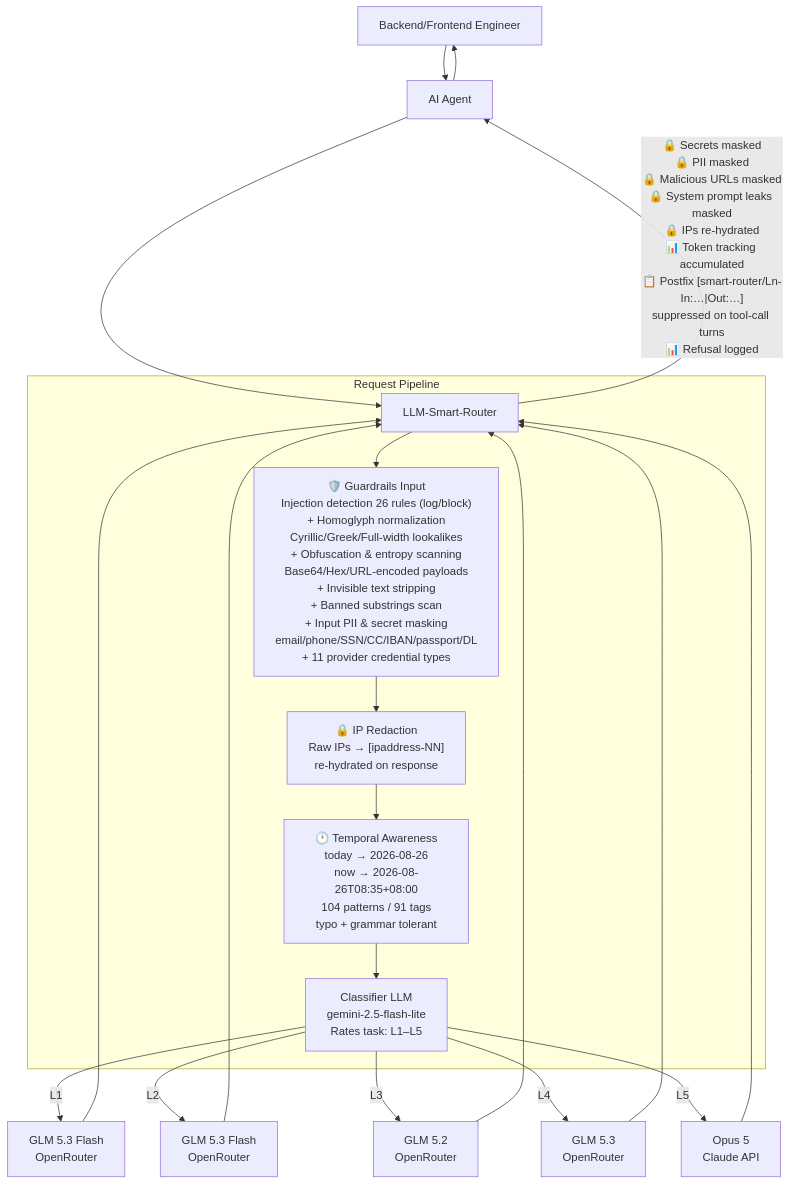
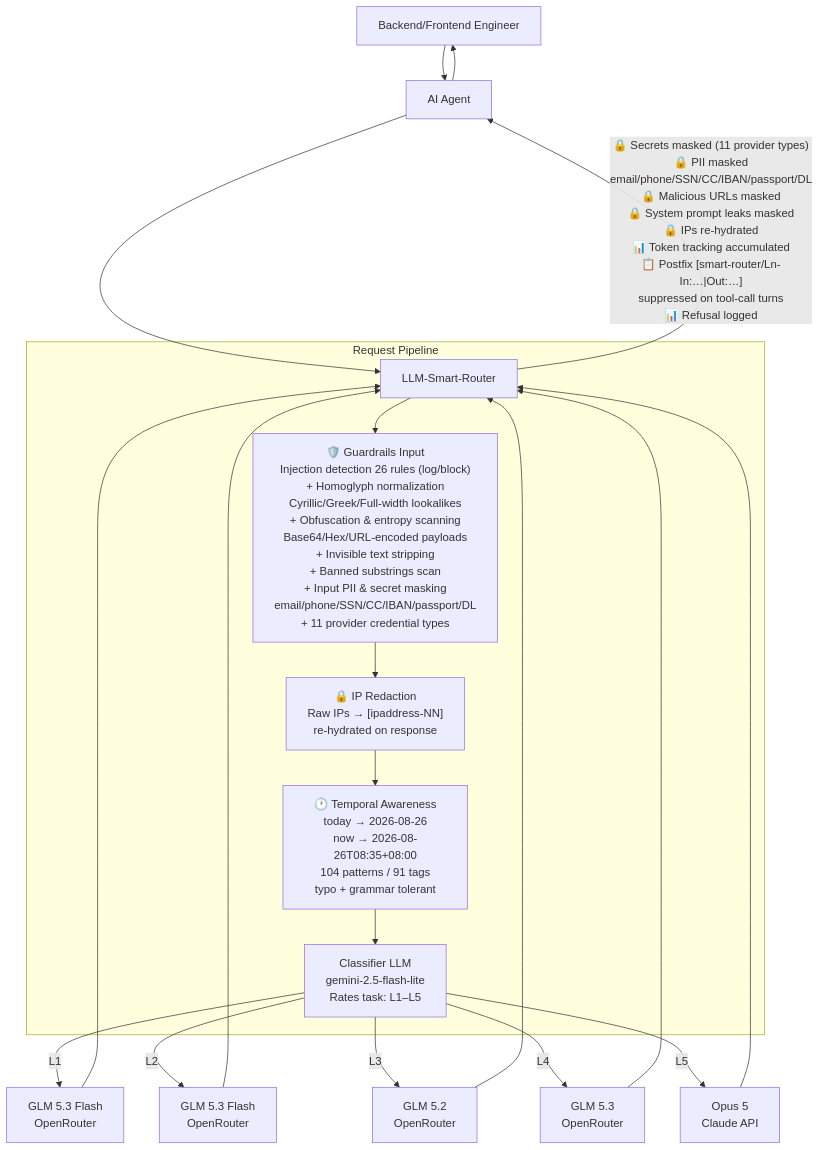
The diagram in README.md (Green-Needle-Tech/llm-smart-router), drawn with Mermaid before and after one commit.

Commit message:
docs: add PII masking detail to architecture diagram output path

````diff
--- a/README.md
+++ b/README.md
@@ -140,27 +140,27 @@
 ```mermaid
 flowchart TD
     A[Backend/Frontend Engineer] --> B[AI Agent]
     B --> C[LLM-Smart-Router]
 
     subgraph Router [Request Pipeline]
         C --> P1["🛡️ Guardrails Input<br/>Injection detection 26 rules (log/block)<br/>+ Homoglyph normalization<br/>Cyrillic/Greek/Full-width lookalikes<br/>+ Obfuscation & entropy scanning<br/>Base64/Hex/URL-encoded payloads<br/>+ Invisible text stripping<br/>+ Banned substrings scan<br/>+ Input PII & secret masking<br/>email/phone/SSN/CC/IBAN/passport/DL<br/>+ 11 provider credential types"]
         P1 --> P2["🔒 IP Redaction<br/>Raw IPs → [ipaddress-NN]<br/>re-hydrated on response"]
         P2 --> P2T["🕐 Temporal Awareness<br/>today → 2026-08-26<br/>now → 2026-08-26T08:35+08:00<br/>104 patterns / 91 tags<br/>typo + grammar tolerant"]
         P2T --> D["Classifier LLM<br/>gemini-2.5-flash-lite<br/>Rates task: L1–L5"]
     end
 
     D -->|L1| E[GLM 5.3 Flash<br/>OpenRouter]
     D -->|L2| F[GLM 5.3 Flash<br/>OpenRouter]
     D -->|L3| F2[GLM 5.2<br/>OpenRouter]
     D -->|L4| F3[GLM 5.3<br/>OpenRouter]
     D -->|L5| H[Opus 5<br/>Claude API]
 
     E --> C
     F --> C
     F2 --> C
     F3 --> C
     H --> C
 
-    C -->|"🔒 Secrets masked<br/>🔒 PII masked<br/>🔒 Malicious URLs masked<br/>🔒 System prompt leaks masked<br/>🔒 IPs re-hydrated<br/>📊 Token tracking accumulated<br/>📋 Postfix [smart-router/Ln-In:…|Out:…]<br/>suppressed on tool-call turns<br/>📊 Refusal logged"| B
+    C -->|"🔒 Secrets masked (11 provider types)<br/>🔒 PII masked<br/>email/phone/SSN/CC/IBAN/passport/DL<br/>🔒 Malicious URLs masked<br/>🔒 System prompt leaks masked<br/>🔒 IPs re-hydrated<br/>📊 Token tracking accumulated<br/>📋 Postfix [smart-router/Ln-In:…|Out:…]<br/>suppressed on tool-call turns<br/>📊 Refusal logged"| B
     B --> A
 ```
````
